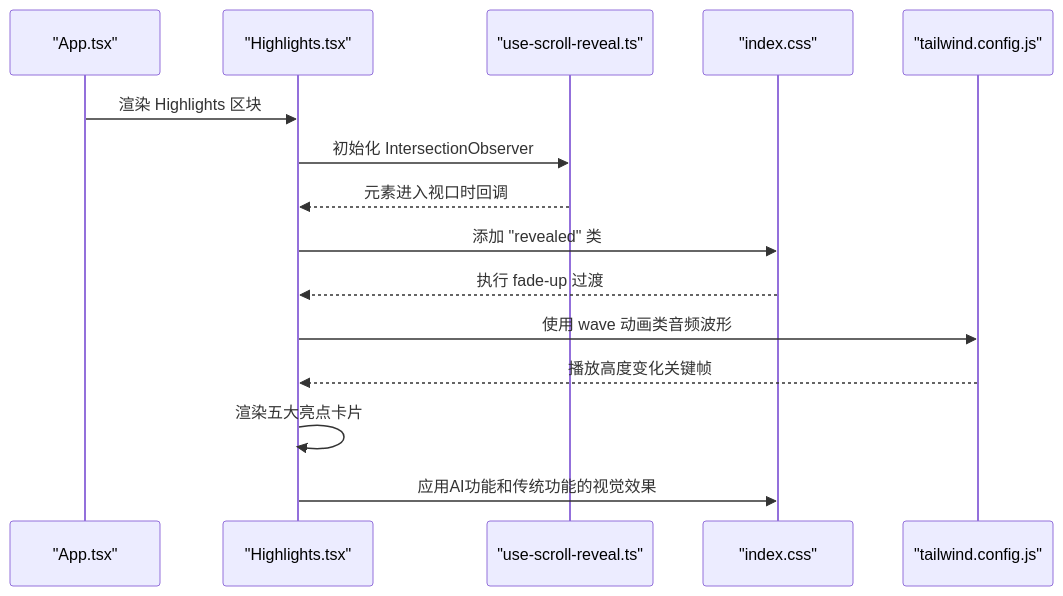
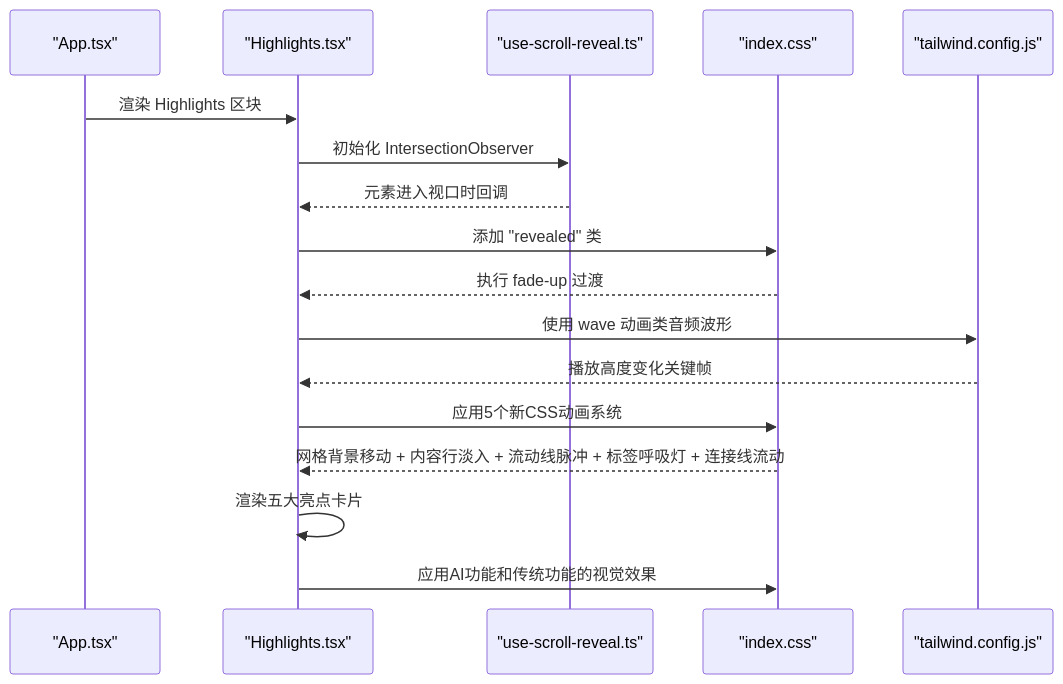
Before and after one commit to Primoguo/naolizhi.cn: the second of 5 diagrams in .qoder/repowiki/zh/content/架构设计/组件架构/页面组件/Highlights组件.md, drawn with Mermaid. The commit also changed other lines of this file and 19 other files, not shown here.

````diff
--- a/.qoder/repowiki/zh/content/架构设计/组件架构/页面组件/Highlights组件.md
+++ b/.qoder/repowiki/zh/content/架构设计/组件架构/页面组件/Highlights组件.md
@@ -120,17 +131,19 @@
 ```mermaid
 sequenceDiagram
 participant App as "App.tsx"
 participant Sec as "Highlights.tsx"
 participant Hook as "use-scroll-reveal.ts"
 participant CSS as "index.css"
 participant TW as "tailwind.config.js"
 App->>Sec : 渲染 Highlights 区块
 Sec->>Hook : 初始化 IntersectionObserver
 Hook-->>Sec : 元素进入视口时回调
 Sec->>CSS : 添加 "revealed" 类
 CSS-->>Sec : 执行 fade-up 过渡
 Sec->>TW : 使用 wave 动画类音频波形
 TW-->>Sec : 播放高度变化关键帧
+Sec->>CSS : 应用5个新CSS动画系统
+CSS-->>Sec : 网格背景移动 + 内容行淡入 + 流动线脉冲 + 标签呼吸灯 + 连接线流动
 Sec->>Sec : 渲染五大亮点卡片
 Sec->>CSS : 应用AI功能和传统功能的视觉效果
 ```
````
